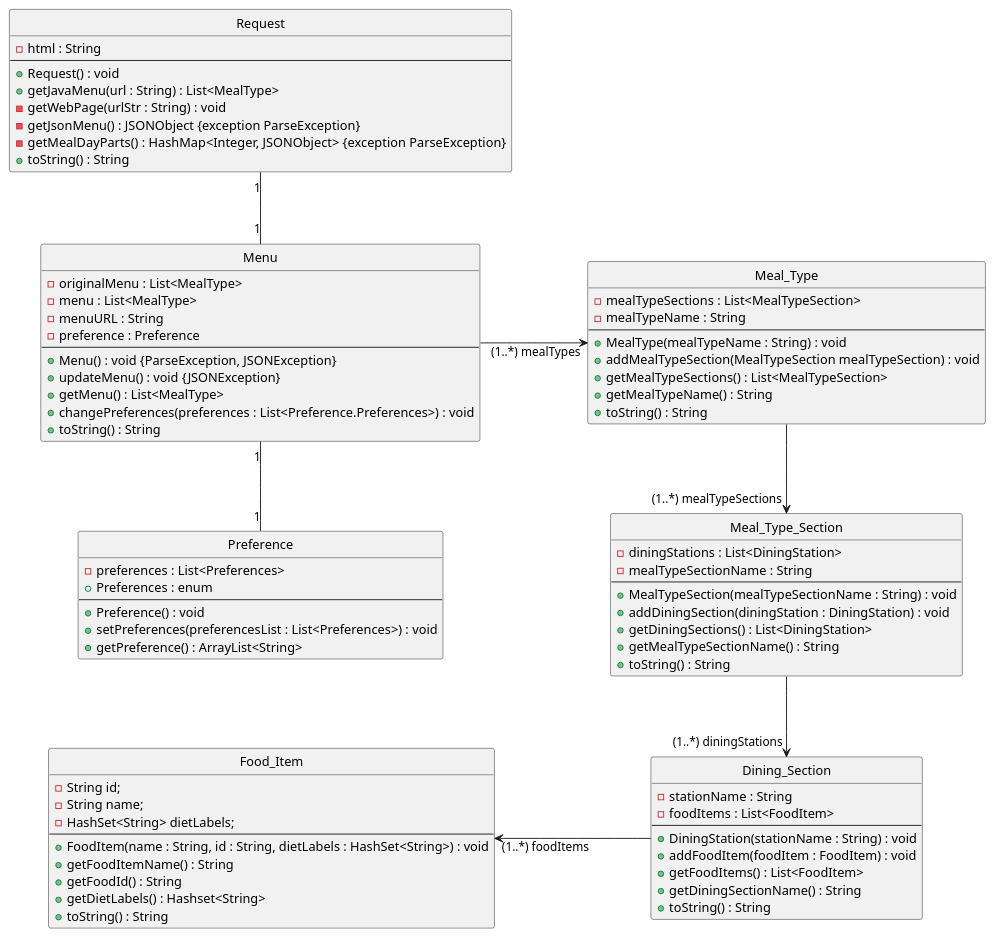
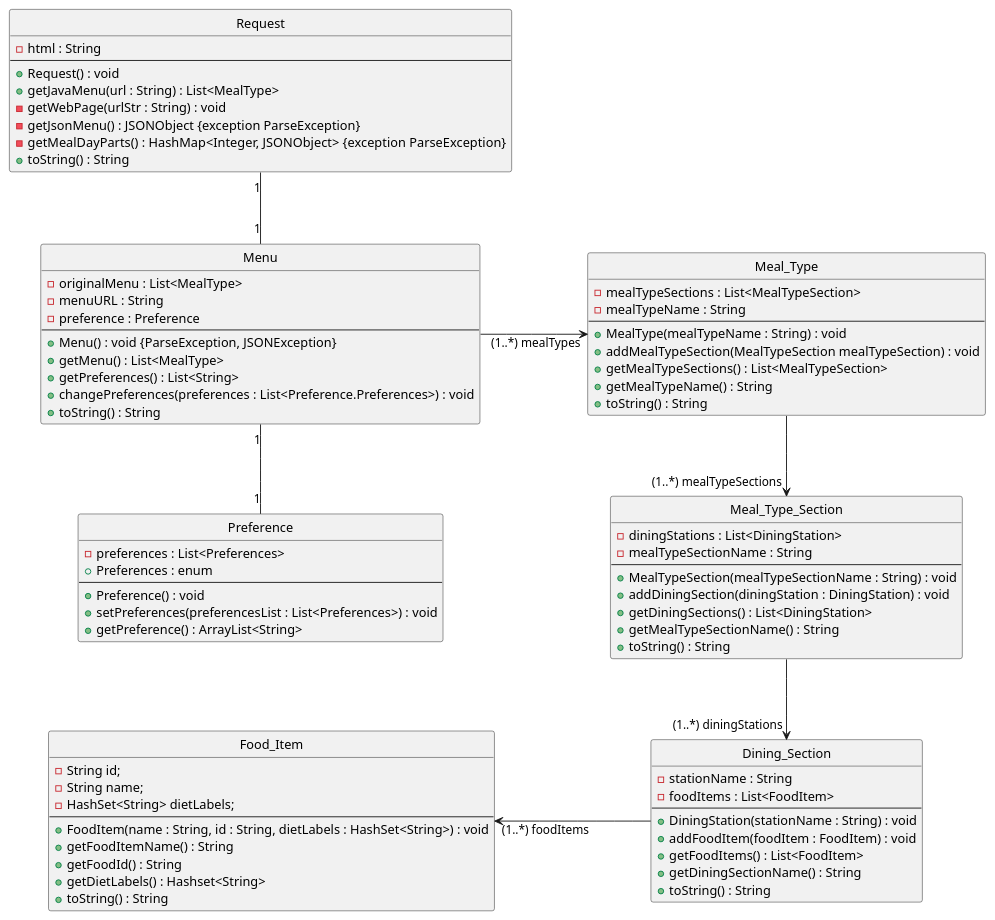
The diagram in intellij/doc/class-diagram.md (EzekielEkanem/team-1d), drawn with PlantUML before and after one commit.

Commit message:
Updated menu class so that after making selectpreference view filter through preferences

```diff
--- a/intellij/doc/class-diagram.md
+++ b/intellij/doc/class-diagram.md
@@ -6,13 +6,12 @@
 ' classes
 class Menu{
 -originalMenu : List<MealType>
--menu : List<MealType>
 -menuURL : String
 -preference : Preference
 --
 +Menu() : void {ParseException, JSONException}
-+updateMenu() : void {JSONException}
 +getMenu() : List<MealType> 
++getPreferences() : List<String> 
 +changePreferences(preferences : List<Preference.Preferences>) : void
 +toString() : String
 }
```
